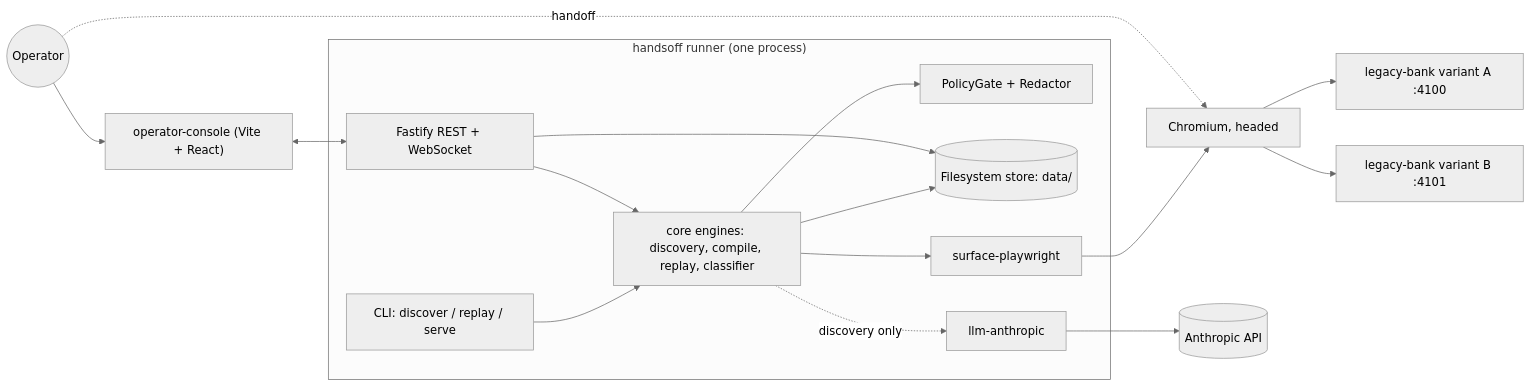
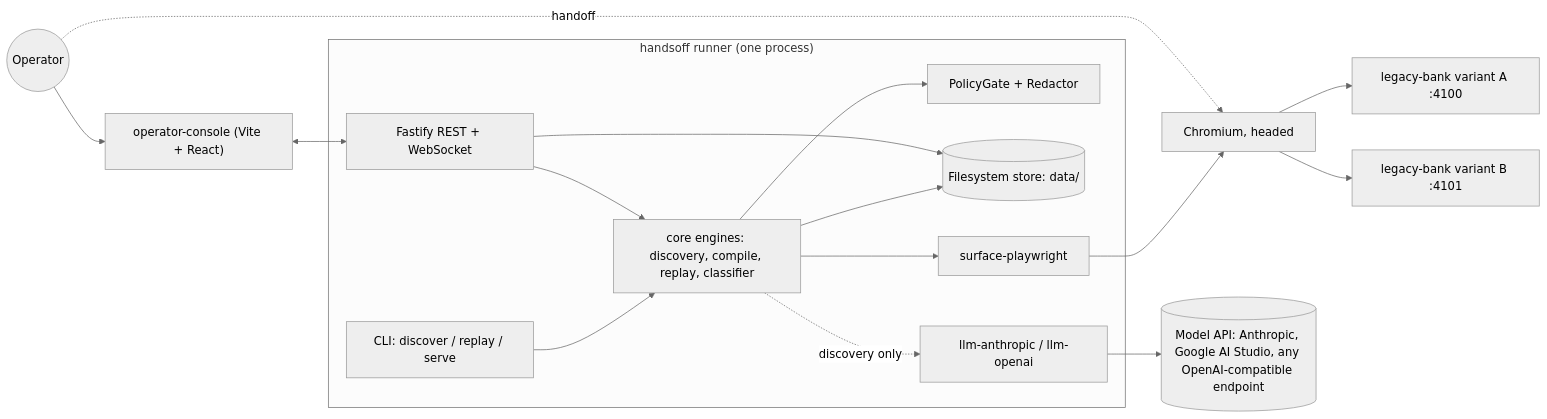
One commit to aokhader/AI-OS changed the first of 3 diagrams in docs/context/01-architecture.md. Above: the diagram before and after it, drawn with Mermaid (neutral theme). The commit also changed other lines of this file and 37 other files, not shown here.

````diff
--- a/docs/context/01-architecture.md
+++ b/docs/context/01-architecture.md
@@ -17,33 +17,33 @@
 ```mermaid
 flowchart LR
     subgraph runner["handsoff runner (one process)"]
         CLI["CLI: discover / replay / serve"]
         ENG["core engines: discovery, compile, replay, classifier"]
         GATE["PolicyGate + Redactor"]
         STORE[("Filesystem store: data/")]
         API["Fastify REST + WebSocket"]
         SURF["surface-playwright"]
-        LLM["llm-anthropic"]
+        LLM["llm-anthropic / llm-openai"]
     end
     CONSOLE["operator-console (Vite + React)"]
     BROWSER["Chromium, headed"]
     APPA["legacy-bank variant A :4100"]
     APPB["legacy-bank variant B :4101"]
-    CLAUDE[("Anthropic API")]
+    CLAUDE[("Model API: Anthropic, Google AI Studio, any OpenAI-compatible endpoint")]
     OPERATOR(("Operator"))
 
     CLI --> ENG
     ENG --> GATE
     ENG --> STORE
     ENG --> SURF
     ENG -. discovery only .-> LLM
     LLM --> CLAUDE
     SURF --> BROWSER
     BROWSER --> APPA
     BROWSER --> APPB
     API --> ENG
     API --> STORE
     CONSOLE <--> API
     OPERATOR --> CONSOLE
     OPERATOR -. handoff .-> BROWSER
 ```
````
